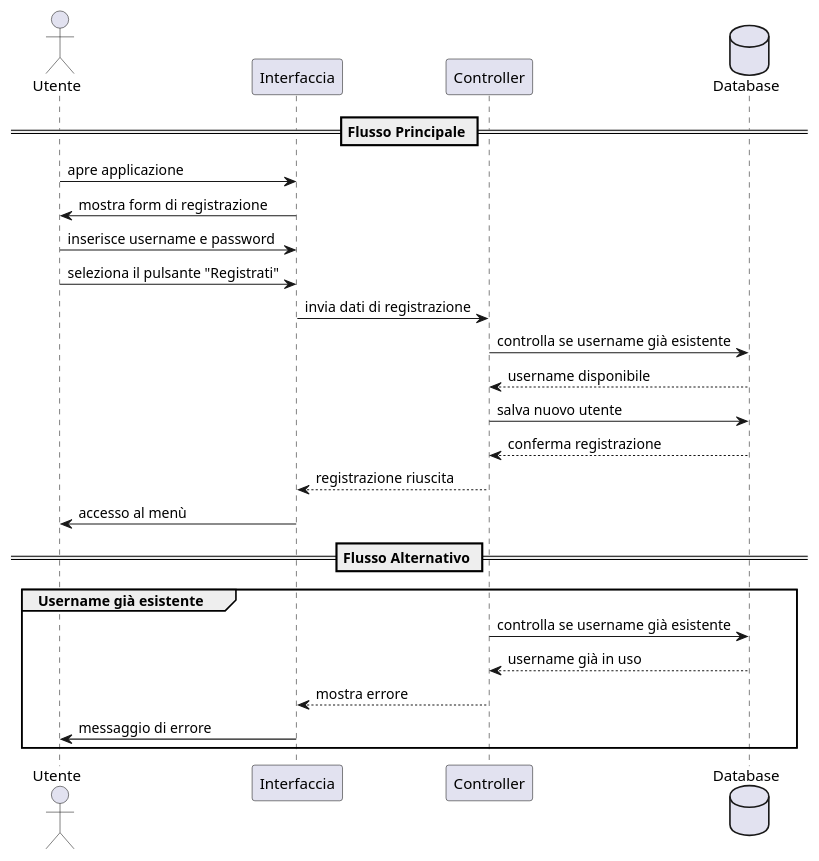
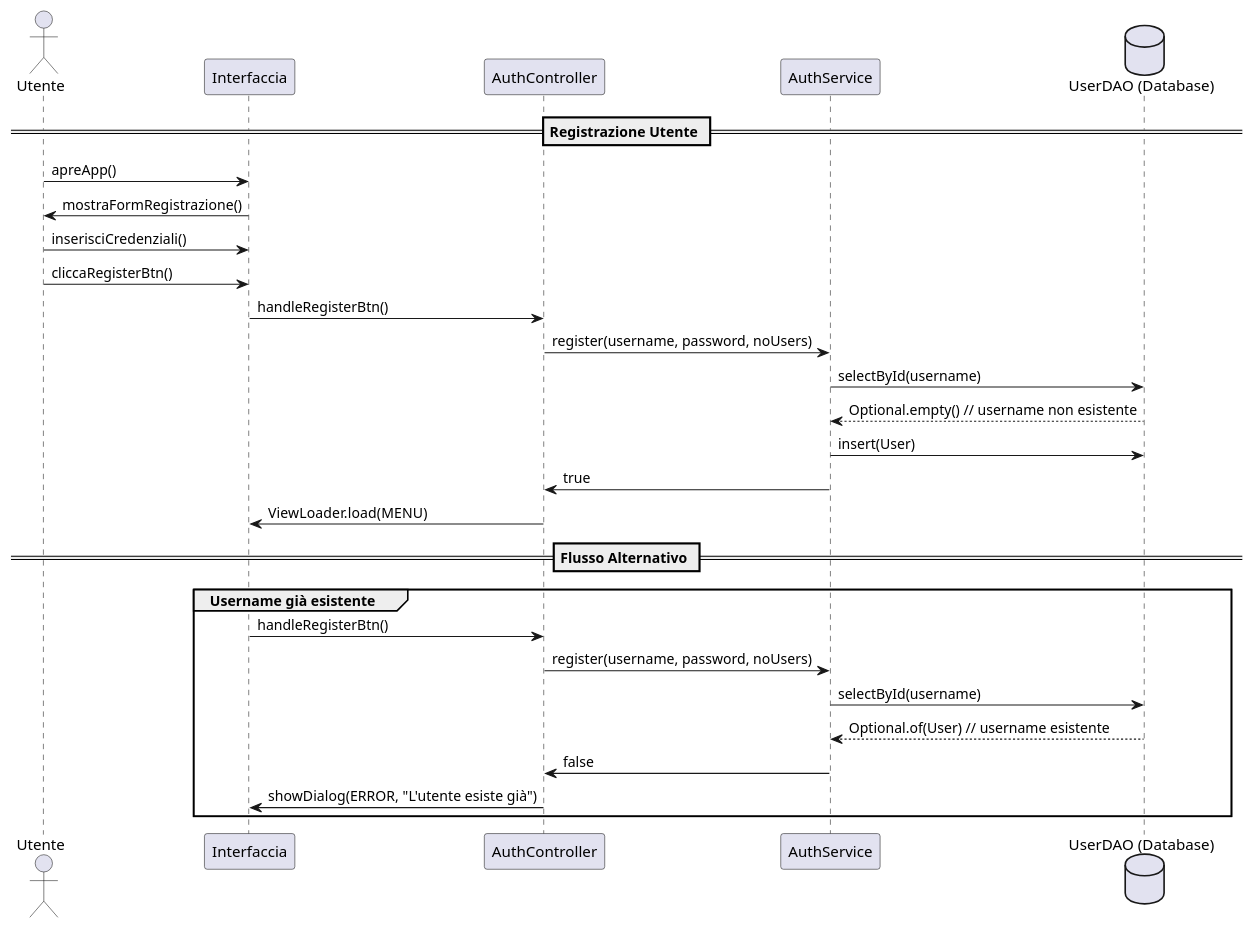
Before and after one commit to Bg735/Wordageddon-Gruppo_16: the diagram in docs/Diagrammi di Sequenza/registration.puml, drawn with PlantUML.

```diff
--- a/docs/Diagrammi di Sequenza/registration.puml
+++ b/docs/Diagrammi di Sequenza/registration.puml
@@ -1,29 +1,34 @@
 @startuml
 actor Utente
+participant "Interfaccia" as UI
+participant "AuthController" as Controller
+participant "AuthService" as Service
+database "UserDAO (Database)" as DB
 
-participant "Interfaccia" as UI
-participant "Controller" as Controller
-database "Database" as DB
+== Registrazione Utente ==
 
-== Flusso Principale ==
-Utente -> UI : apre applicazione
-UI -> Utente : mostra form di registrazione
-Utente -> UI : inserisce username e password
-Utente -> UI : seleziona il pulsante "Registrati"
+Utente -> UI : apreApp()
+UI -> Utente : mostraFormRegistrazione()
 
-UI -> Controller : invia dati di registrazione
-Controller -> DB : controlla se username già esistente
-DB --> Controller : username disponibile
-Controller -> DB : salva nuovo utente
-DB --> Controller : conferma registrazione
-Controller --> UI : registrazione riuscita
-UI -> Utente : accesso al menù
+Utente -> UI : inserisciCredenziali()
+Utente -> UI : cliccaRegisterBtn()
+
+UI -> Controller : handleRegisterBtn()
+Controller -> Service : register(username, password, noUsers)
+Service -> DB : selectById(username)
+DB --> Service : Optional.empty() // username non esistente
+Service -> DB : insert(User)
+Service -> Controller : true
+Controller -> UI : ViewLoader.load(MENU)
 
 == Flusso Alternativo ==
 group Username già esistente
-Controller -> DB : controlla se username già esistente
-DB --> Controller : username già in uso
-Controller --> UI : mostra errore
-UI -> Utente : messaggio di errore
+UI -> Controller : handleRegisterBtn()
+Controller -> Service : register(username, password, noUsers)
+Service -> DB : selectById(username)
+DB --> Service : Optional.of(User) // username esistente
+Service -> Controller : false
+Controller -> UI : showDialog(ERROR, "L'utente esiste già")
 end
+
 @enduml
```
